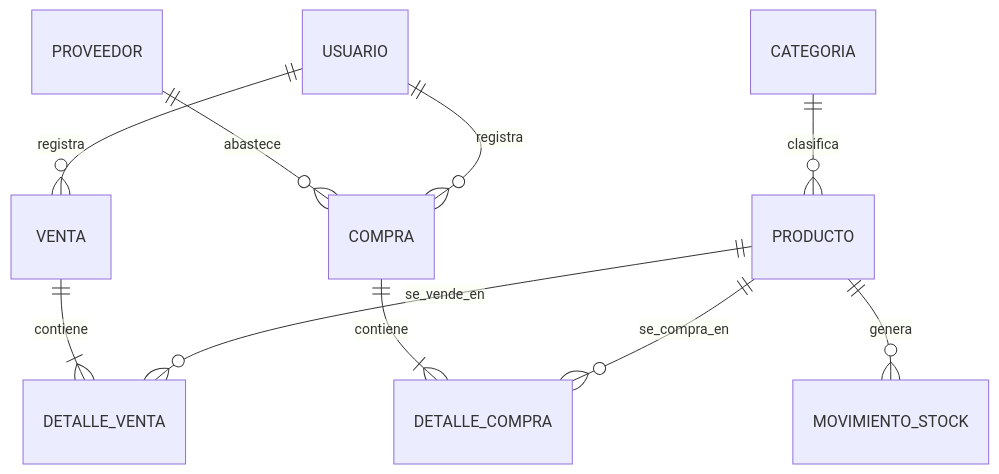
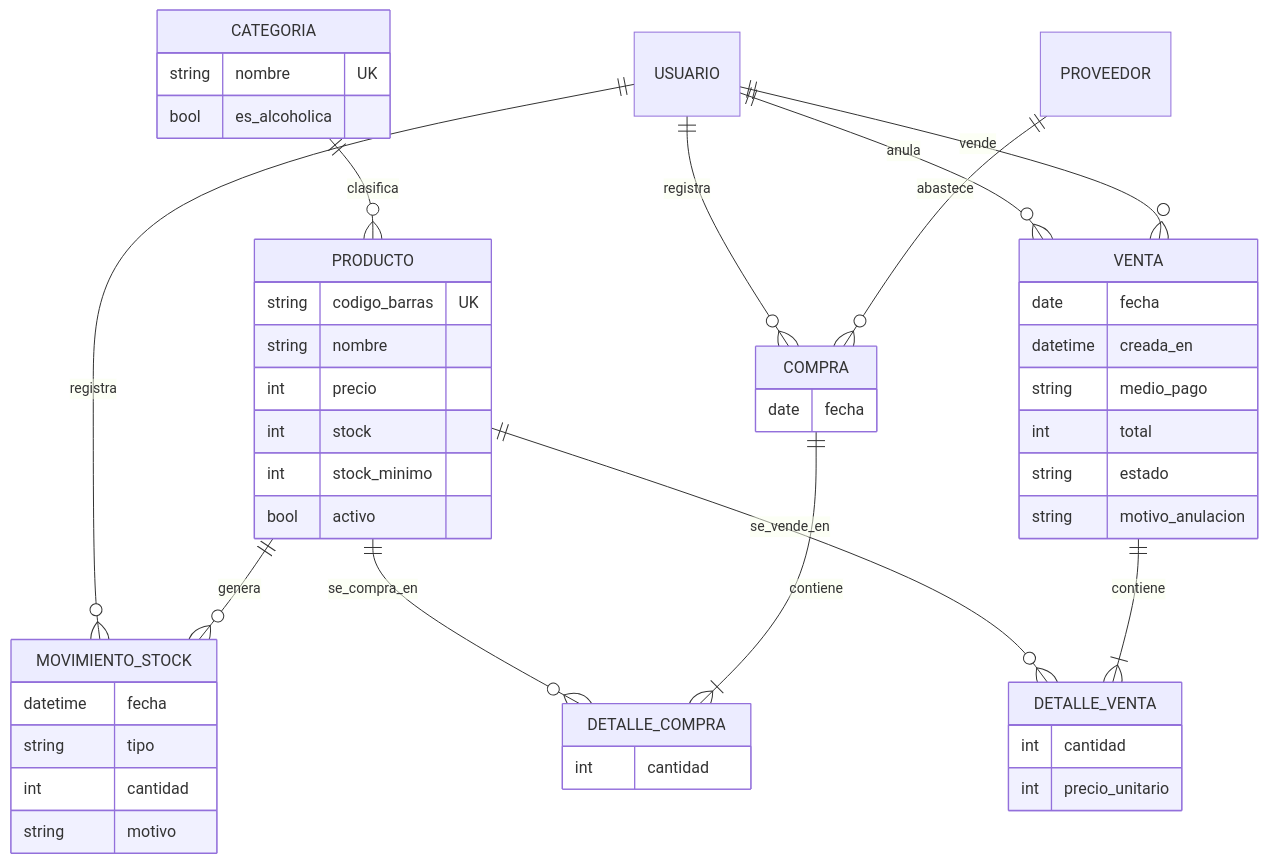
Before and after one commit to Angel-Asto/backend-inventario-botilleria: the second of 3 diagrams in README.md, drawn with Mermaid. The commit also changed other lines of this file, not shown here.

````diff
--- a/README.md
+++ b/README.md
@@ -53,12 +54,51 @@
 ```mermaid
 erDiagram
     CATEGORIA ||--o{ PRODUCTO : clasifica
+    PRODUCTO ||--o{ MOVIMIENTO_STOCK : genera
+    USUARIO ||--o{ MOVIMIENTO_STOCK : registra
     PROVEEDOR ||--o{ COMPRA : abastece
-    USUARIO ||--o{ VENTA : registra
     USUARIO ||--o{ COMPRA : registra
+    COMPRA ||--|{ DETALLE_COMPRA : contiene
+    PRODUCTO ||--o{ DETALLE_COMPRA : se_compra_en
+    USUARIO ||--o{ VENTA : vende
+    USUARIO ||--o{ VENTA : anula
     VENTA ||--|{ DETALLE_VENTA : contiene
-    COMPRA ||--|{ DETALLE_COMPRA : contiene
     PRODUCTO ||--o{ DETALLE_VENTA : se_vende_en
-    PRODUCTO ||--o{ DETALLE_COMPRA : se_compra_en
-    PRODUCTO ||--o{ MOVIMIENTO_STOCK : genera
+
+    CATEGORIA {
+        string nombre UK
+        bool es_alcoholica
+    }
+    PRODUCTO {
+        string codigo_barras UK
+        string nombre
+        int precio
+        int stock
+        int stock_minimo
+        bool activo
+    }
+    MOVIMIENTO_STOCK {
+        datetime fecha
+        string tipo
+        int cantidad
+        string motivo
+    }
+    VENTA {
+        date fecha
+        datetime creada_en
+        string medio_pago
+        int total
+        string estado
+        string motivo_anulacion
+    }
+    DETALLE_VENTA {
+        int cantidad
+        int precio_unitario
+    }
+    COMPRA {
+        date fecha
+    }
+    DETALLE_COMPRA {
+        int cantidad
+    }
 ```
````
